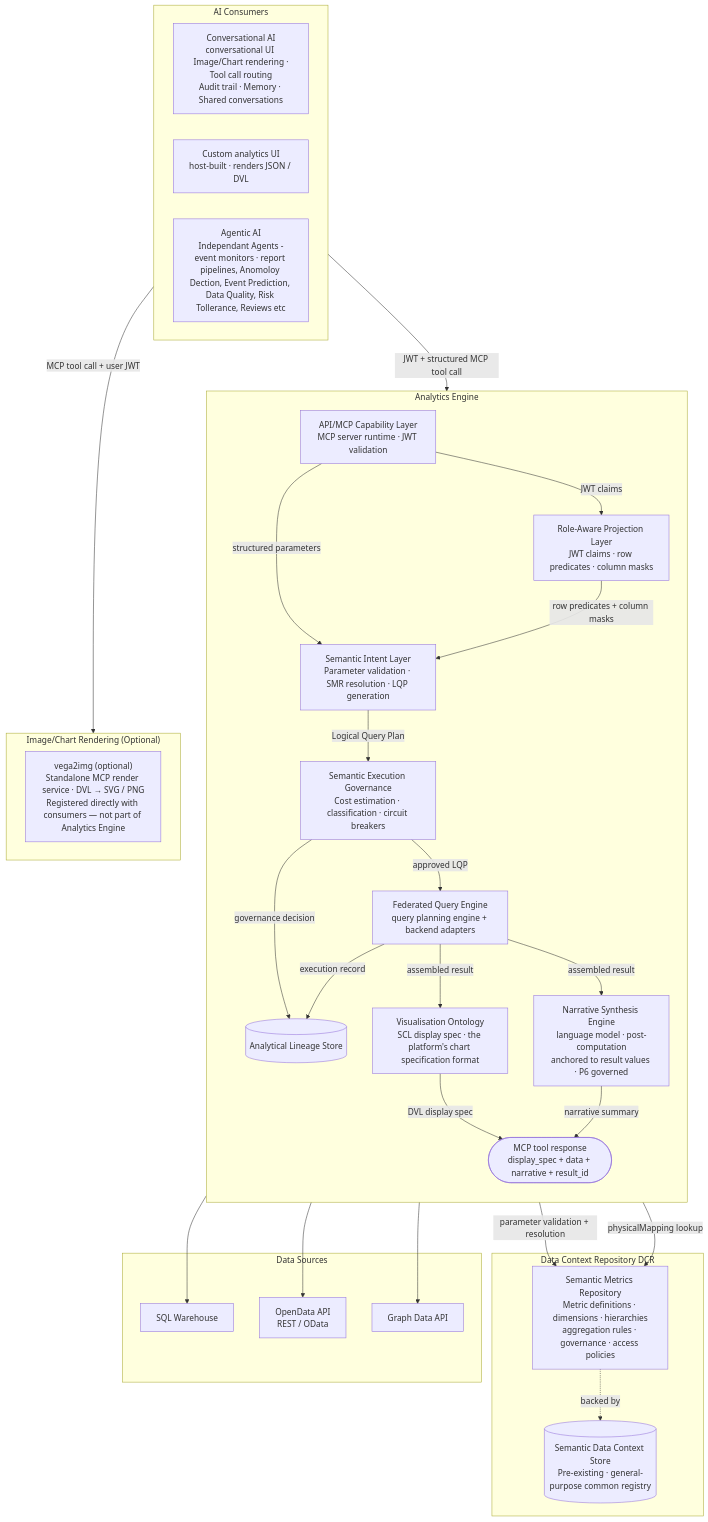
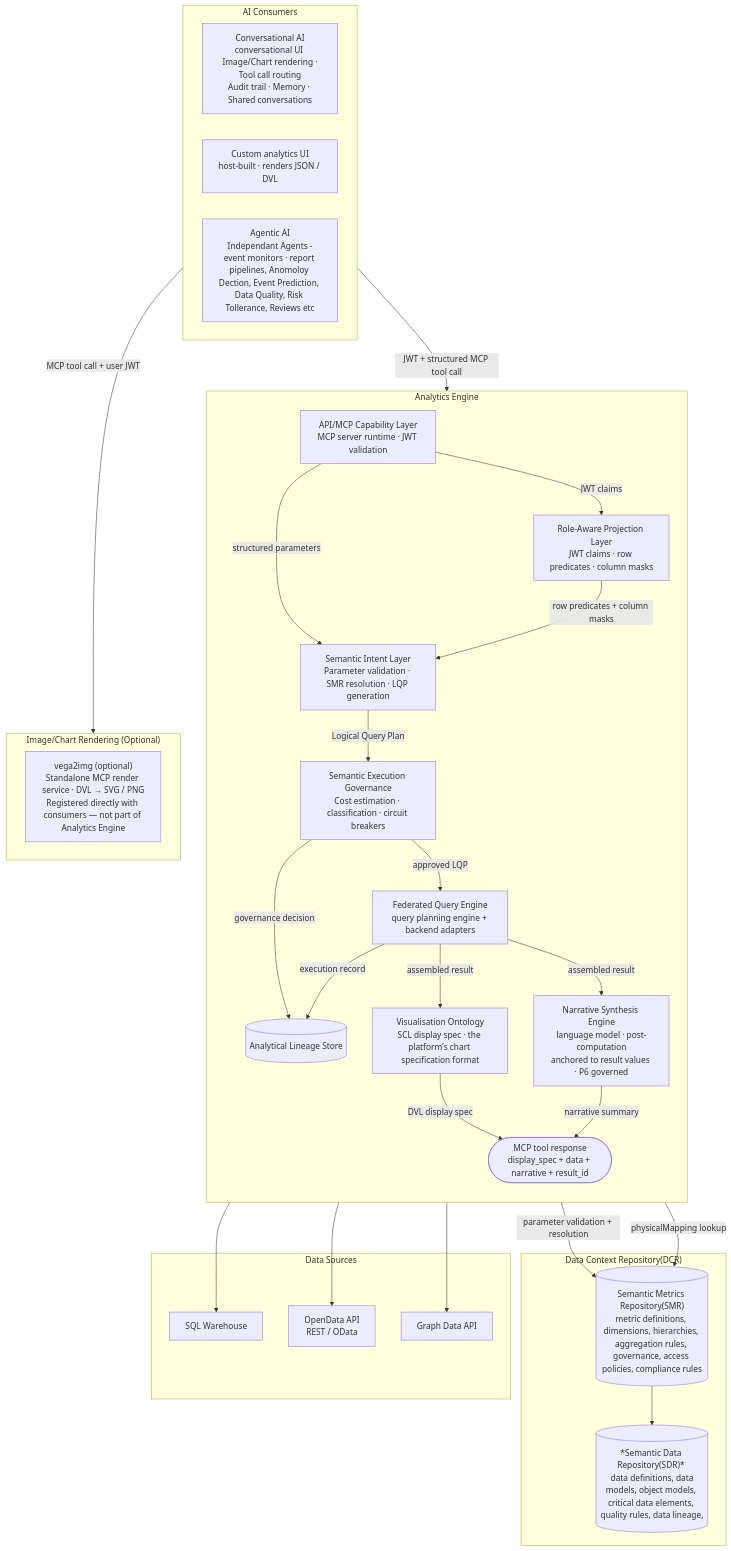
One commit to M-A-Operating-System/shared-work changed the first of 6 diagrams in docs/product/analytics/02-core-capabilities.md. Above: the diagram before and after it, drawn with Mermaid.

````diff
--- a/docs/product/analytics/02-core-capabilities.md
+++ b/docs/product/analytics/02-core-capabilities.md
@@ -57,55 +57,55 @@
 ```mermaid
 flowchart TD
     subgraph Consumers["AI Consumers"]
         direction LR
         ChatComp["Conversational AI\nconversational UI \n Image/Chart rendering · Tool call routing\nAudit trail · Memory · Shared conversations"]
         CustomUI["Custom analytics UI\nhost-built · renders JSON / DVL"]
         Agents["Agentic AI\n Independant Agents - event monitors · report pipelines, Anomoloy Dection, Event Prediction, Data Quality, Risk Tollerance, Reviews etc"]
     end
 
     subgraph analytics["Analytics Engine"]
         direction TB
         MCP["API/MCP Capability Layer\nMCP server runtime · JWT validation"]
         SIL["Semantic Intent Layer\nParameter validation · SMR resolution · LQP generation"]
         RAPL["Role-Aware Projection Layer\nJWT claims · row predicates · column masks"]
         SEG["Semantic Execution Governance\nCost estimation · classification · circuit breakers"]
         FQE["Federated Query Engine\nquery planning engine + backend adapters"]
         VO["Visualisation Ontology\nSCL display spec · the platform's chart specification format"]
         NSE["Narrative Synthesis Engine\nlanguage model · post-computation\nanchored to result values · P6 governed"]
         LS[("Analytical Lineage Store")]
         Result(["MCP tool response\ndisplay_spec + data + narrative + result_id"])
     end
 
      subgraph Image["Image/Chart Rendering (Optional)"]
             vega2img["vega2img (optional)\nStandalone MCP render service · DVL → SVG / PNG\nRegistered directly with consumers — not part of Analytics Engine"]
     end
 
-    subgraph dcr["Data Context Repository DCR"]
-        SMR["Semantic Metrics Repository\nMetric definitions · dimensions · hierarchies\naggregation rules · governance · access policies"]
-        DCS[("Semantic Data Context Store\nPre-existing · general-purpose common registry")]
-        SMR -. backed by .-> DCS
+    subgraph dcr["Data Context Repository(DCR)"]
+        SMR[("Semantic Metrics Repository(SMR)\nmetric definitions, dimensions, hierarchies, aggregation rules, governance, access policies, compliance rules ")]
+        DCS[("*Semantic Data Repository(SDR)* \n data definitions, data models, object models, critical data elements, quality rules, data lineage,")]
+        SMR --> DCS
     end
 
     subgraph backends["Data Sources"]
         SQL["SQL Warehouse"]
         ODA["OpenData API\nREST / OData"]
         GDA["Graph Data API"]
     end
 
     Consumers -->|"JWT + structured MCP tool call"| MCP
     Consumers -->|"MCP tool call + user JWT"| Image
     MCP -->|"structured parameters"| SIL
     MCP -->|"JWT claims"| RAPL
     RAPL -->|"row predicates + column masks"| SIL
     SIL -->|"parameter validation + resolution"| SMR
     SIL -->|"Logical Query Plan"| SEG
     SEG -->|"approved LQP"| FQE
     SEG -->|"governance decision"| LS
     FQE -->|"physicalMapping lookup"| SMR
     FQE --> SQL & ODA & GDA
     FQE -->|"execution record"| LS
     FQE -->|"assembled result"| VO
     FQE -->|"assembled result"| NSE
     VO -->|"DVL display spec"| Result
     NSE -->|"narrative summary"| Result
 ```
````
